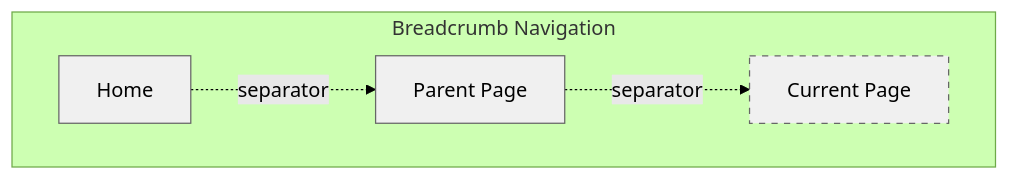
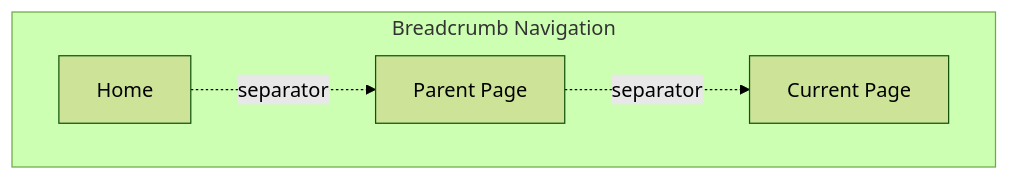
Before and after one commit to thedaviddias/ux-patterns-for-developers: the diagram in content/en/patterns/navigation/breadcrumb.mdx, drawn with Mermaid (forest theme). The commit also changed 11 other files, not shown here.

Commit message:
fix: cleanup and fix mermaid background colours

````diff
--- a/content/en/patterns/navigation/breadcrumb.mdx
+++ b/content/en/patterns/navigation/breadcrumb.mdx
@@ -52,12 +52,10 @@
 ```mermaid
 flowchart TB
 subgraph Breadcrumb[Breadcrumb Navigation]
 A[Home] -.->|separator| B[Parent Page]
 B -.->|separator| C[Current Page]
-style A fill:#f0f0f0,stroke:#666,stroke-width:1px
-style B fill:#f0f0f0,stroke:#666,stroke-width:1px
-style C fill:#f0f0f0,stroke:#666,stroke-width:1px,stroke-dasharray: 5 5
-classDef container fill:#ffffe0,stroke:#666,stroke-width:2px
+
+classDef container stroke:#666,stroke-width:2px
 class Breadcrumb container
 end
 ```
````
